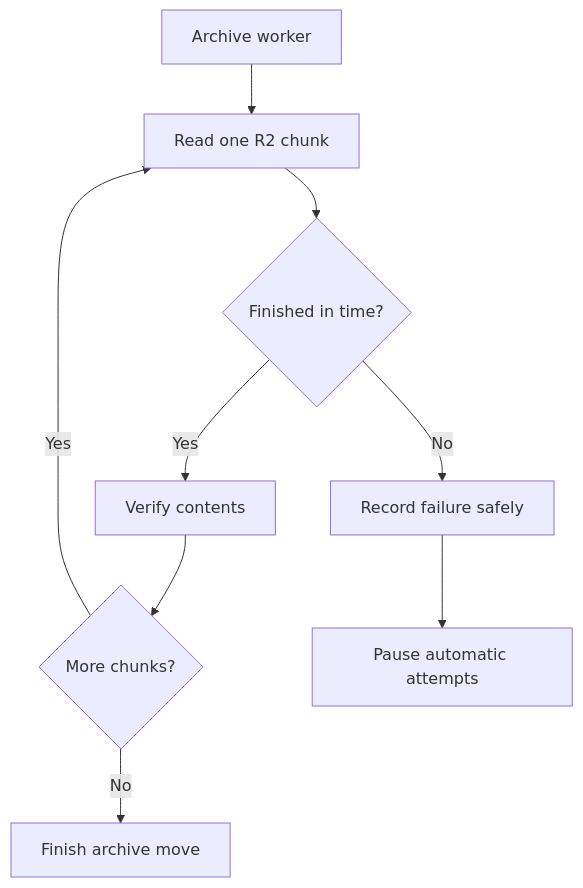
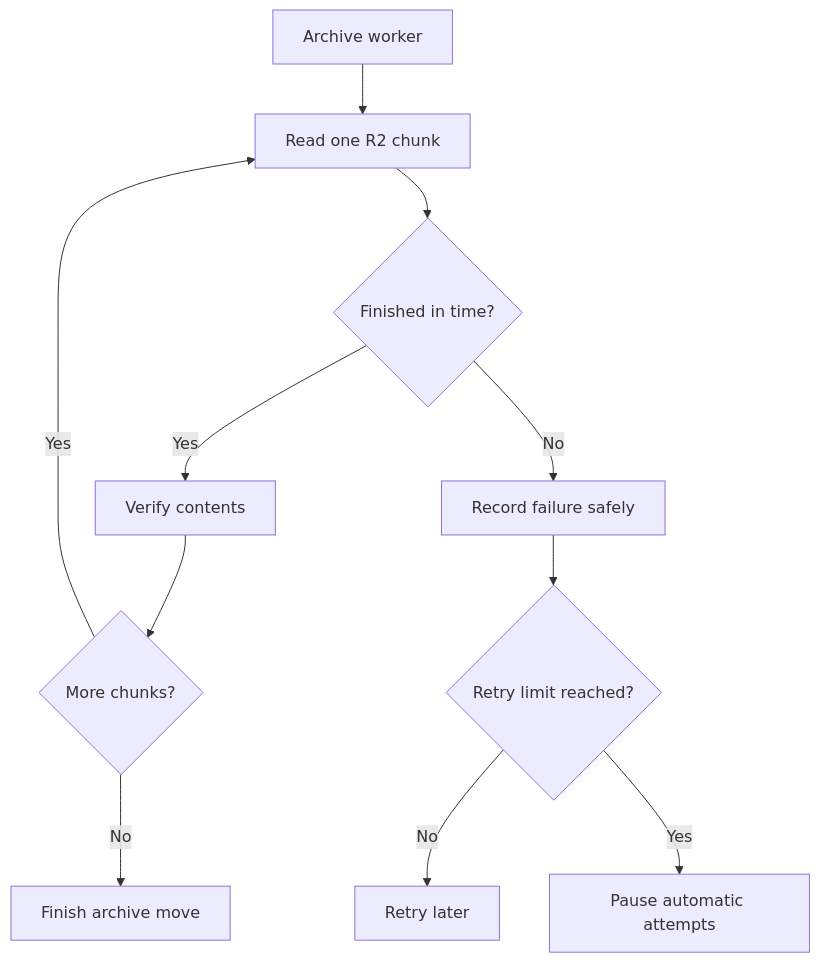
One commit to raphaeltm/simple-agent-manager changed the diagram in apps/www/src/content/blog/sams-journal-every-archive-chunk-gets-time.md. Above: the diagram before and after it, drawn with Mermaid. The commit also changed other lines of this file and 1 other file, not shown here.

Commit message:
docs(www): clarify archive timeout journal

````diff
--- a/apps/www/src/content/blog/sams-journal-every-archive-chunk-gets-time.md
+++ b/apps/www/src/content/blog/sams-journal-every-archive-chunk-gets-time.md
@@ -30,11 +30,13 @@
 ```mermaid
 flowchart TD
     A["Archive worker"] --> B["Read one R2 chunk"]
     B --> C{"Finished in time?"}
     C -->|"Yes"| D["Verify contents"]
     D --> E{"More chunks?"}
     E -->|"Yes"| B
     E -->|"No"| F["Finish archive move"]
     C -->|"No"| G["Record failure safely"]
-    G --> H["Pause automatic attempts"]
+    G --> H{"Retry limit reached?"}
+    H -->|"No"| I["Retry later"]
+    H -->|"Yes"| J["Pause automatic attempts"]
 ```
````
